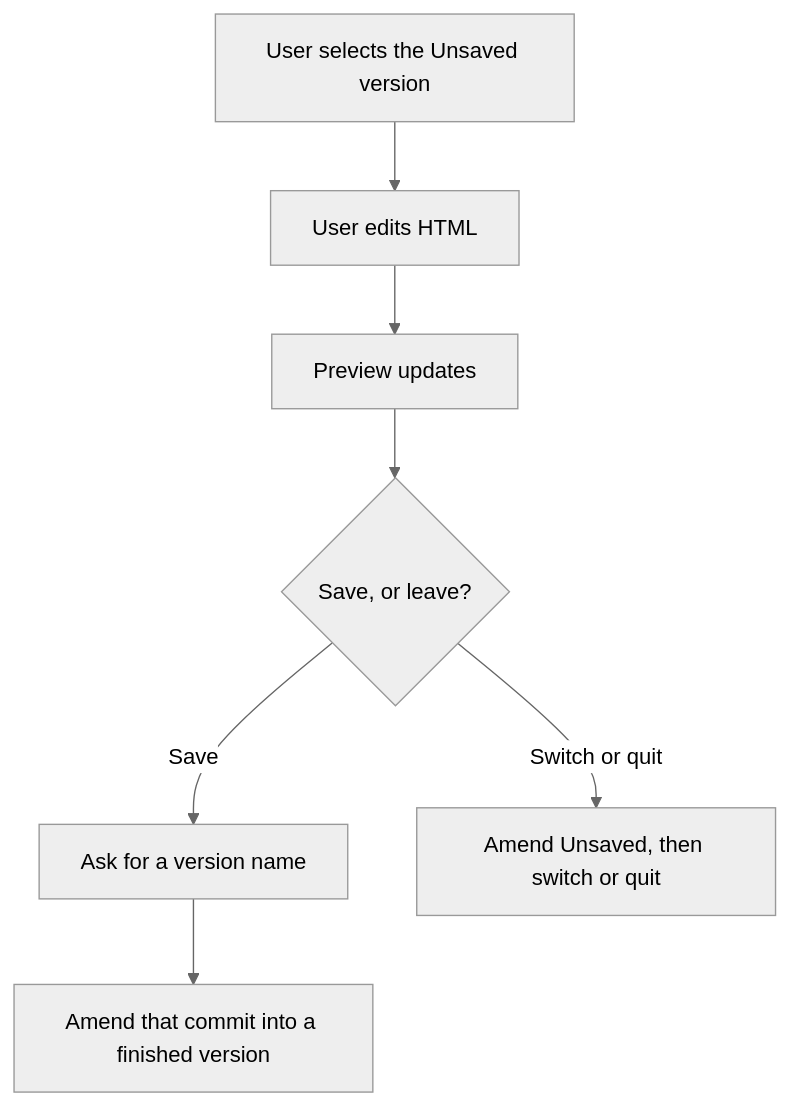
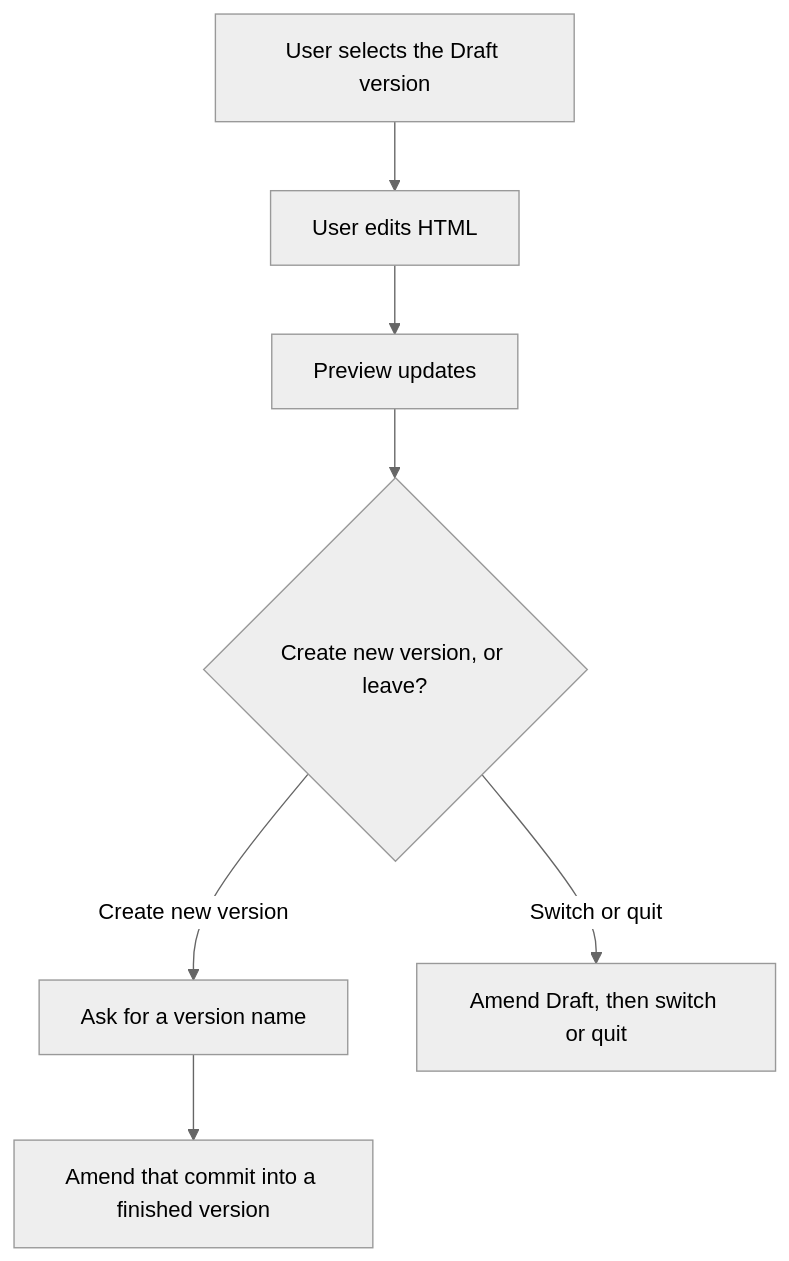
One commit to IsmailBiswas/lines changed the ninth of 13 diagrams in docs/user-flows.md. Above: the diagram before and after it, drawn with Mermaid (neutral theme). The commit also changed other lines of this file and 17 other files, not shown here.

````diff
--- a/docs/user-flows.md
+++ b/docs/user-flows.md
@@ -184,14 +184,14 @@
 ```mermaid
 flowchart TD
-  openUnsaved[User selects the Unsaved version]
+  openDraft[User selects the Draft version]
   types[User edits HTML]
   preview[Preview updates]
-  action{Save, or leave?}
+  action{Create new version, or leave?}
   name[Ask for a version name]
   finish[Amend that commit into a finished version]
-  leave[Amend Unsaved, then switch or quit]
+  leave[Amend Draft, then switch or quit]
 
-  openUnsaved --> types --> preview --> action
-  action -->|Save| name --> finish
+  openDraft --> types --> preview --> action
+  action -->|Create new version| name --> finish
   action -->|Switch or quit| leave
 ```
````
